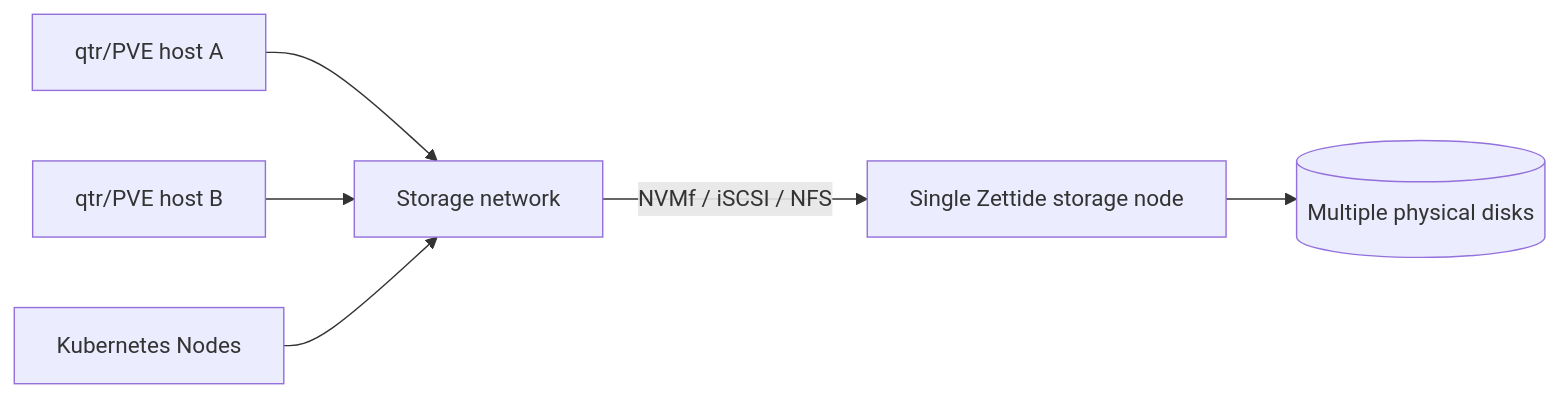
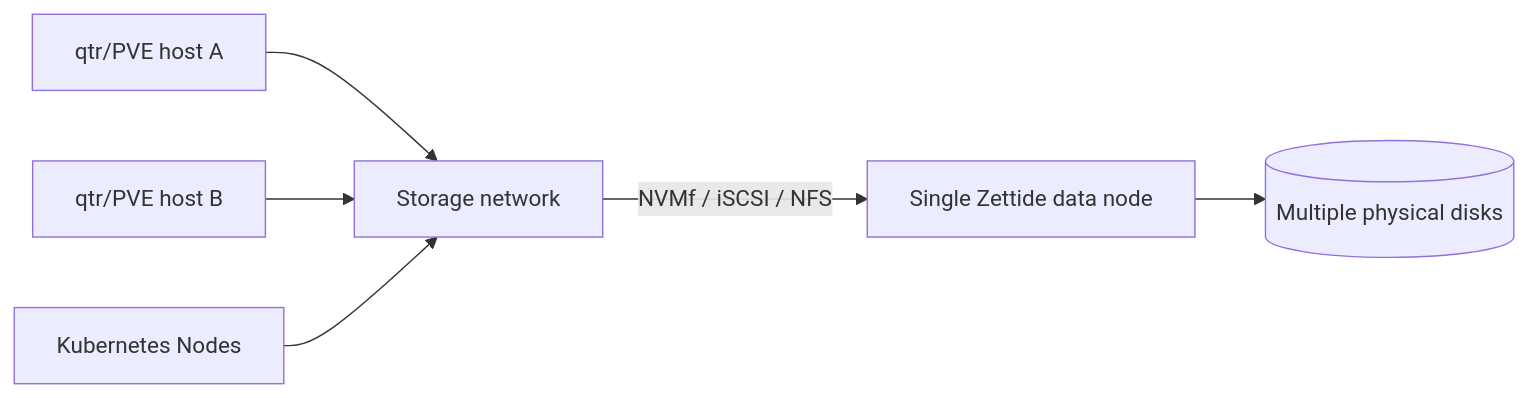
Before and after one commit to fanyang89/zettide: the second of 2 diagrams in docs/architecture/zh-CN/13-virtualization-and-csi.md, drawn with Mermaid. The commit also changed other lines of this file and 115 other files, not shown here.

First line of the commit message:
refactor: rename node service to data node

````diff
--- a/docs/architecture/zh-CN/13-virtualization-and-csi.md
+++ b/docs/architecture/zh-CN/13-virtualization-and-csi.md
@@ -35,8 +35,8 @@
 ```mermaid
 flowchart LR
     H1[qtr/PVE host A] --> N[Storage network]
     H2[qtr/PVE host B] --> N
     K[Kubernetes Nodes] --> N
-    N -->|NVMf / iSCSI / NFS| Z[Single Zettide storage node]
+    N -->|NVMf / iSCSI / NFS| Z[Single Zettide data node]
     Z --> D[(Multiple physical disks)]
 ```
````
